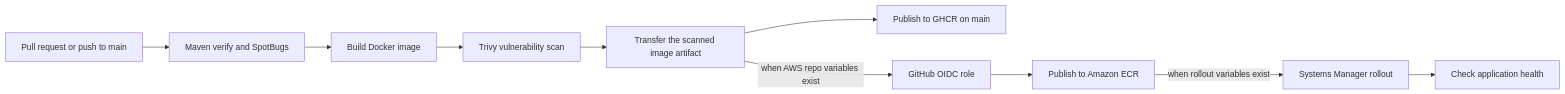
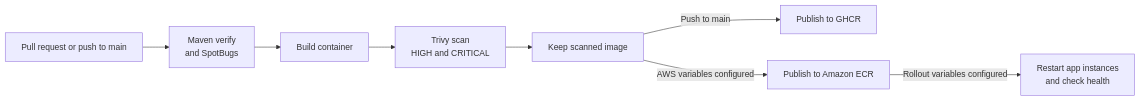
The second of 2 diagrams in README.md (MasadiPradeepRao/java-aws-three-tier-platform), drawn with Mermaid before and after one commit. The commit also changed other lines of this file, not shown here.

````diff
--- a/README.md
+++ b/README.md
@@ -57,12 +44,10 @@
 ```mermaid
 flowchart LR
-  Push[Pull request or push to main] --> Verify[Maven verify and SpotBugs]
-  Verify --> Build[Build Docker image]
-  Build --> Scan[Trivy vulnerability scan]
-  Scan --> Artifact[Transfer the scanned image artifact]
-  Artifact --> GHCR[Publish to GHCR on main]
-  Artifact -->|when AWS repo variables exist| OIDC[GitHub OIDC role]
-  OIDC --> ECR[Publish to Amazon ECR]
-  ECR -->|when rollout variables exist| SSM[Systems Manager rollout]
-  SSM --> Health[Check application health]
+    Change[Pull request or push to main] --> Verify[Maven verify<br/>and SpotBugs]
+    Verify --> Build[Build container]
+    Build --> Scan[Trivy scan<br/>HIGH and CRITICAL]
+    Scan --> Image[Keep scanned image]
+    Image -->|Push to main| GHCR[Publish to GHCR]
+    Image -->|AWS variables configured| ECR[Publish to Amazon ECR]
+    ECR -->|Rollout variables configured| SSM[Restart app instances<br/>and check health]
 ```
````
